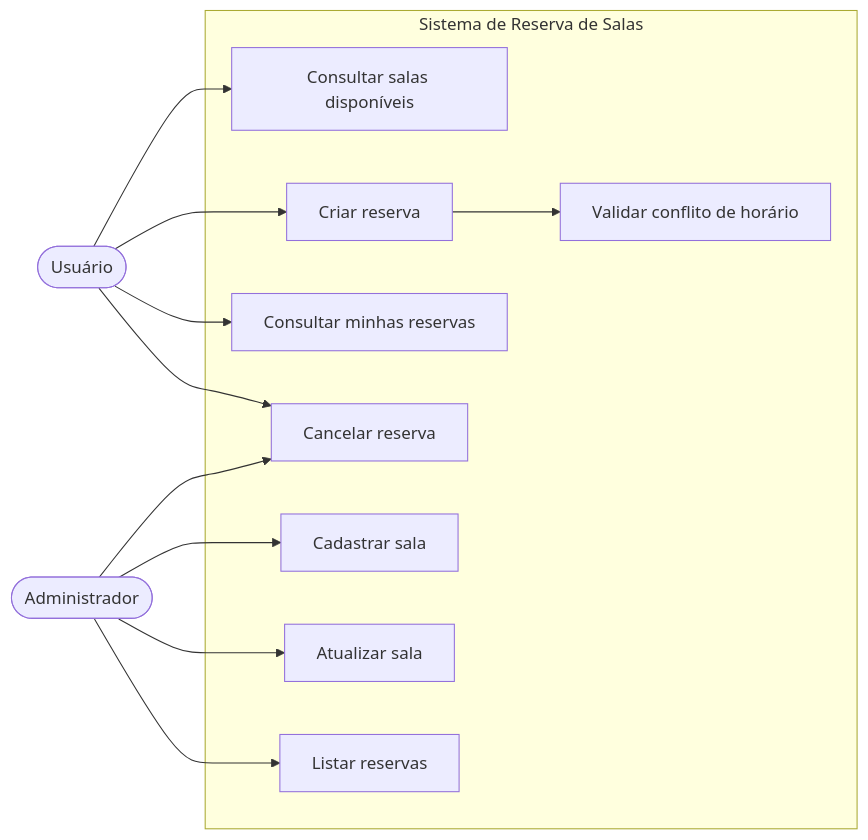
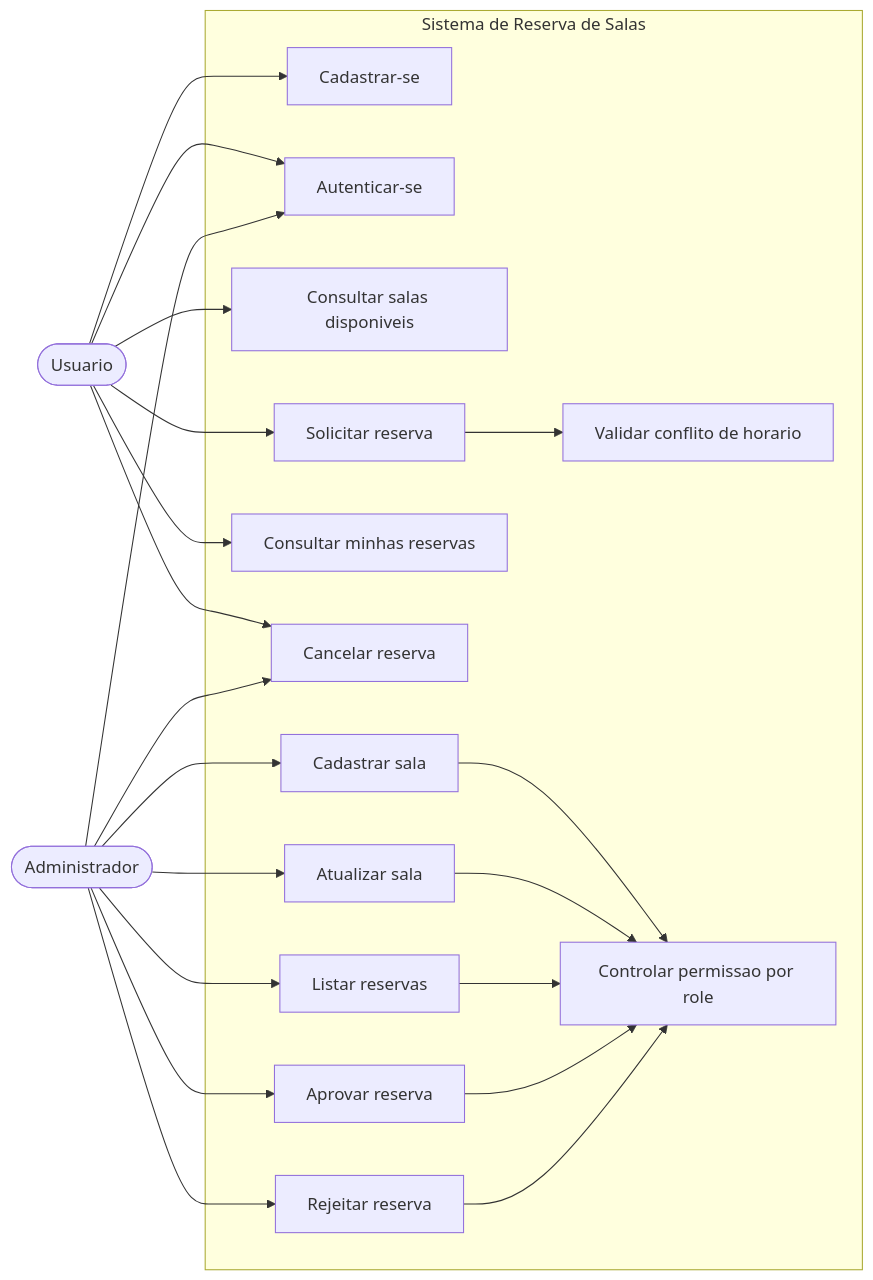
The diagram in docs/use-case-diagram.md (renan21-tg/room-reservation-system), drawn with Mermaid before and after one commit. The commit also changed other lines of this file and 27 other files, not shown here.

Commit message:
feat: add autenticação com JWT, tipos de usuários (user/admin), fluxo de aprovação (reserva inicia pendente) e seed do banco de dados

````diff
--- a/docs/use-case-diagram.md
+++ b/docs/use-case-diagram.md
@@ -3,28 +3,43 @@
 ```mermaid
 flowchart LR
-    Usuário([Usuário])
+    Usuario([Usuario])
     Admin([Administrador])
 
     subgraph Sistema["Sistema de Reserva de Salas"]
-        UC1["Consultar salas disponíveis"]
-        UC2["Criar reserva"]
-        UC3["Consultar minhas reservas"]
-        UC4["Cancelar reserva"]
-        UC5["Cadastrar sala"]
-        UC6["Atualizar sala"]
-        UC7["Listar reservas"]
-        UC8["Validar conflito de horário"]
+        UC1["Cadastrar-se"]
+        UC2["Autenticar-se"]
+        UC3["Consultar salas disponiveis"]
+        UC4["Solicitar reserva"]
+        UC5["Consultar minhas reservas"]
+        UC6["Cancelar reserva"]
+        UC7["Cadastrar sala"]
+        UC8["Atualizar sala"]
+        UC9["Listar reservas"]
+        UC10["Aprovar reserva"]
+        UC11["Rejeitar reserva"]
+        UC12["Validar conflito de horario"]
+        UC13["Controlar permissao por role"]
     end
 
-    Usuário --> UC1
-    Usuário --> UC2
-    Usuário --> UC3
-    Usuário --> UC4
+    Usuario --> UC1
+    Usuario --> UC2
+    Usuario --> UC3
+    Usuario --> UC4
+    Usuario --> UC5
+    Usuario --> UC6
 
-    Admin --> UC5
+    Admin --> UC2
+    Admin --> UC7
+    Admin --> UC8
+    Admin --> UC9
+    Admin --> UC10
+    Admin --> UC11
     Admin --> UC6
-    Admin --> UC7
-    Admin --> UC4
 
-    UC2 --> UC8
+    UC4 --> UC12
+    UC7 --> UC13
+    UC8 --> UC13
+    UC9 --> UC13
+    UC10 --> UC13
+    UC11 --> UC13
 ```
````
